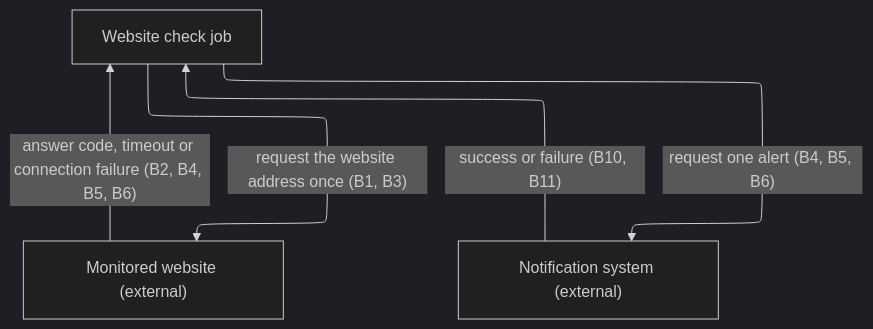
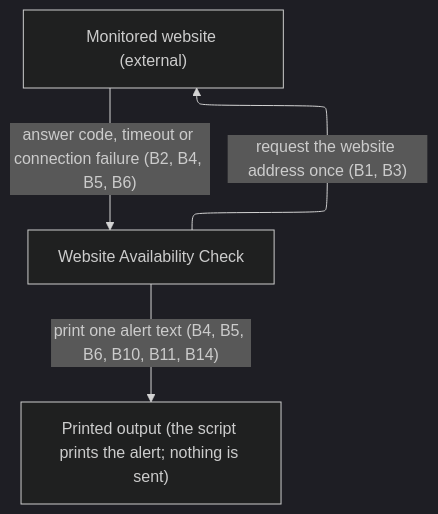
Before and after one commit to vrparthasarathy/migration-job-discovery: the diagram in website-check-job-behavior/website-availability-check.md, drawn with Mermaid (dark theme). The commit also changed other lines of this file and 117 other files, not shown here.

````diff
--- a/website-check-job-behavior/website-availability-check.md
+++ b/website-check-job-behavior/website-availability-check.md
@@ -106,15 +108,14 @@
 ```mermaid
 ---
 config:
   layout: elk
 ---
 %%{init: {"securityLevel": "loose"}}%%
 flowchart TB
-  job["Website check job"]
+  uc["Website Availability Check"]
   site["Monitored website (external)"]
-  notify["Notification system (external)"]
-  job -->|"request the website address once (B1, B3)"| site
-  site -->|"answer code, timeout or connection failure (B2, B4, B5, B6)"| job
-  job -->|"request one alert (B4, B5, B6)"| notify
-  notify -->|"success or failure (B10, B11)"| job
+  out["Printed output (the script prints the alert; nothing is sent)"]
+  uc -->|"request the website address once (B1, B3)"| site
+  site -->|"answer code, timeout or connection failure (B2, B4, B5, B6)"| uc
+  uc -->|"print one alert text (B4, B5, B6, B10, B11, B14)"| out
 ```
````
